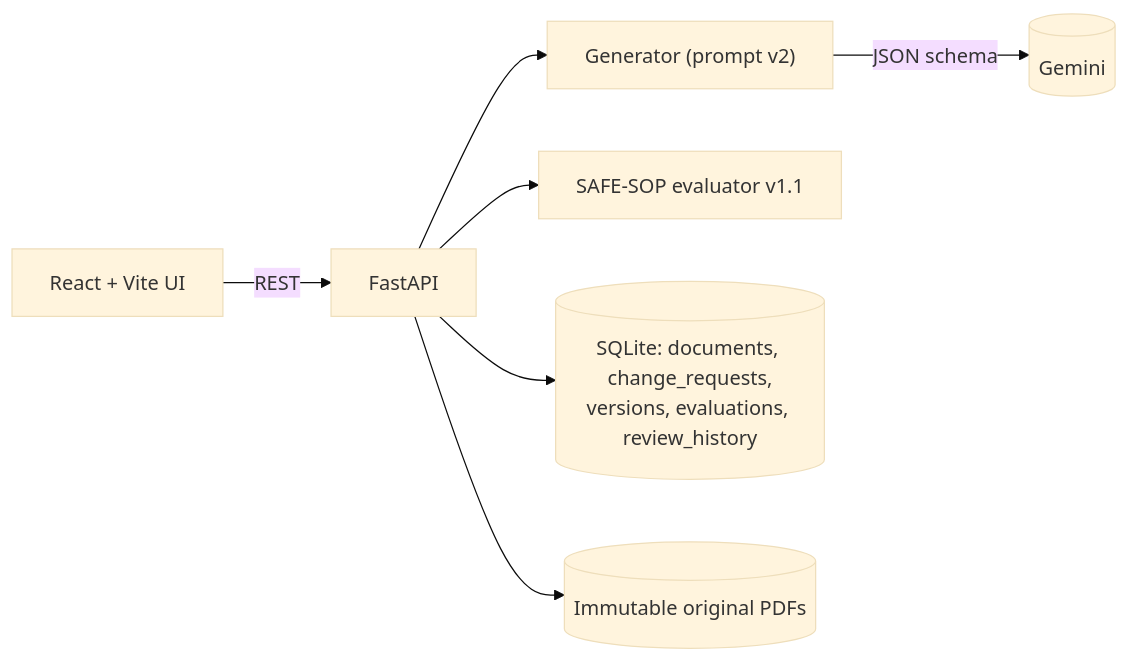
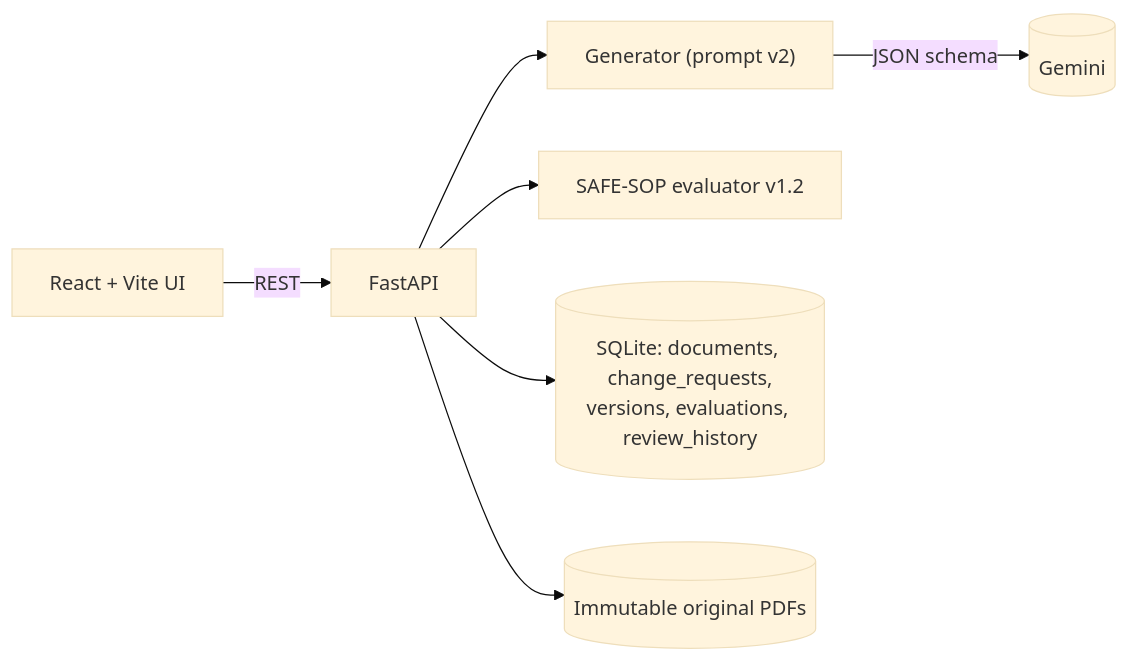
Before and after one commit to Arjun-glitch66/SafeSOP-AI: the diagram in research_logbook/CAPSTONE_REPORT.md, drawn with Mermaid (base theme). The commit also changed other lines of this file and 7 other files, not shown here.

````diff
--- a/research_logbook/CAPSTONE_REPORT.md
+++ b/research_logbook/CAPSTONE_REPORT.md
@@ -25,8 +25,8 @@
 ```mermaid
 flowchart LR
     UI["React + Vite UI"] -->|REST| API["FastAPI"]
     API --> GEN["Generator (prompt v2)"] -->|JSON schema| GEM[("Gemini")]
-    API --> EVAL["SAFE-SOP evaluator v1.1"]
+    API --> EVAL["SAFE-SOP evaluator v1.2"]
     API --> DB[("SQLite: documents, change_requests,<br/>versions, evaluations, review_history")]
     API --> FILES[("Immutable original PDFs")]
 ```
````
